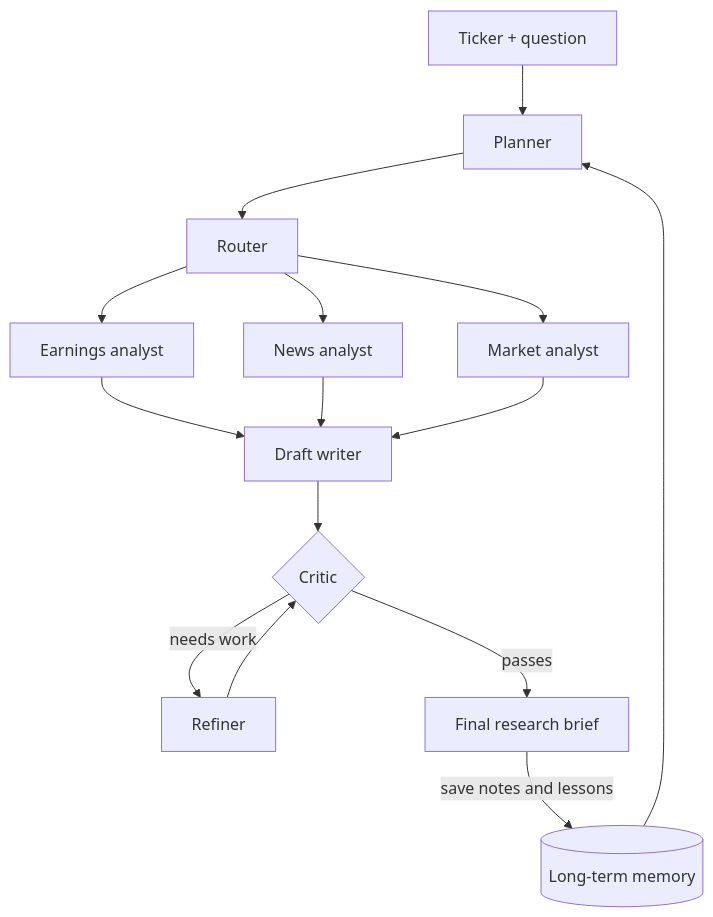
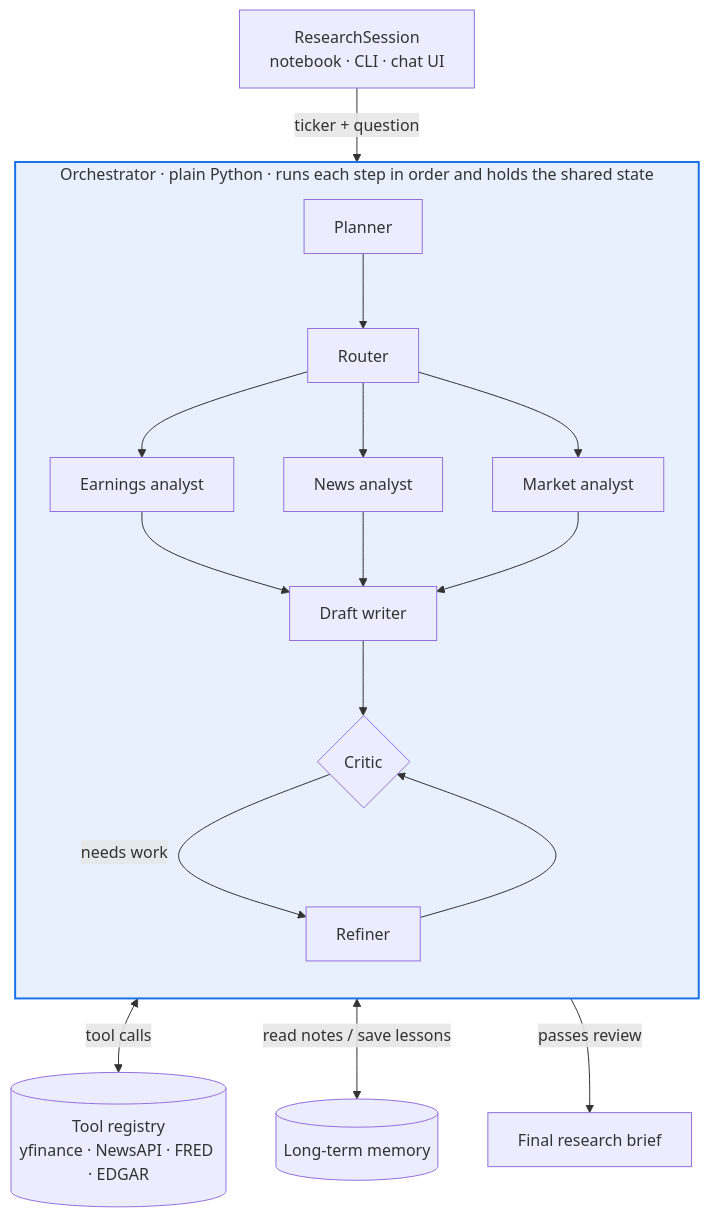
The diagram in README.md (diaeshantony-usd/investment-research-agent), drawn with Mermaid before and after one commit. The commit also changed other lines of this file, not shown here.

Commit message:
README: add Orchestrator block to How it works diagram

````diff
--- a/README.md
+++ b/README.md
@@ -34,17 +36,24 @@
 ```mermaid
 flowchart TD
-    U[Ticker + question] --> P[Planner]
-    M[(Long-term memory)] --> P
-    P --> R[Router]
-    R --> E[Earnings analyst]
-    R --> N[News analyst]
-    R --> K[Market analyst]
-    E --> W[Draft writer]
-    N --> W
-    K --> W
-    W --> C{Critic}
-    C -- needs work --> F[Refiner]
-    F --> C
-    C -- passes --> B[Final research brief]
-    B -- save notes and lessons --> M
+    S["ResearchSession<br/>notebook · CLI · chat UI"] -- ticker + question --> O
+
+    subgraph O["Orchestrator · plain Python · runs each step in order and holds the shared state"]
+        direction TB
+        P[Planner] --> R[Router]
+        R --> E[Earnings analyst]
+        R --> N[News analyst]
+        R --> K[Market analyst]
+        E --> W[Draft writer]
+        N --> W
+        K --> W
+        W --> C{Critic}
+        C -- needs work --> F[Refiner]
+        F --> C
+    end
+
+    O <-- tool calls --> T[("Tool registry<br/>yfinance · NewsAPI · FRED · EDGAR")]
+    O <-- "read notes / save lessons" --> M[("Long-term memory")]
+    O -- passes review --> B[Final research brief]
+
+    style O fill:#e8f0fe,stroke:#1a73e8,stroke-width:2px
 ```
````
